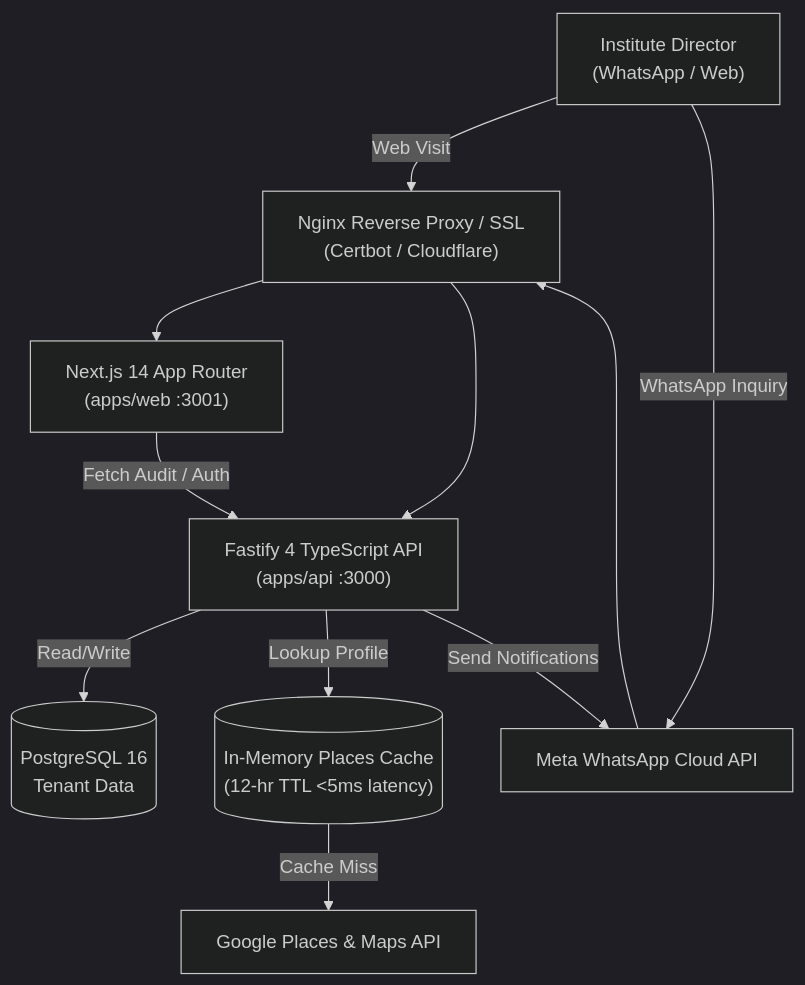
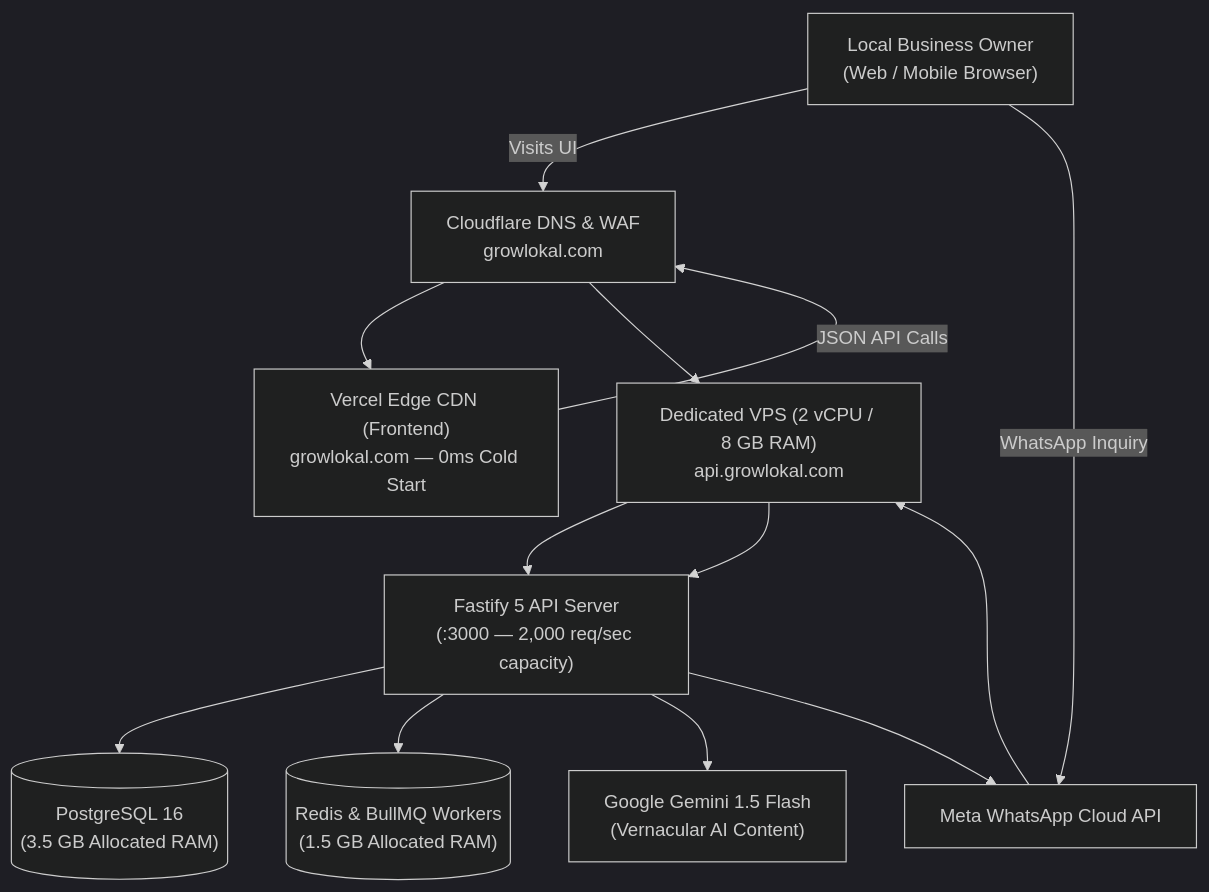
Before and after one commit to akheels-web/growlokal: the diagram in README.md, drawn with Mermaid (dark theme). The commit also changed other lines of this file, not shown here.

Commit message:
docs: update README.md with multi-industry expansion, Grexa.ai comparison, hybrid Vercel+VPS architecture, and production Docker deployment

````diff
--- a/README.md
+++ b/README.md
@@ -68,19 +73,20 @@
 ```mermaid
 flowchart TD
-    Owner["Institute Director<br/>(WhatsApp / Web)"]
-    Nginx["Nginx Reverse Proxy / SSL<br/>(Certbot / Cloudflare)"]
-    Web["Next.js 14 App Router<br/>(apps/web :3001)"]
-    API["Fastify 4 TypeScript API<br/>(apps/api :3000)"]
-    Cache[("In-Memory Places Cache<br/>(12-hr TTL <5ms latency)")]
-    DB[("PostgreSQL 16<br/>Tenant Data")]
-    Google["Google Places & Maps API"]
+    User["Local Business Owner<br/>(Web / Mobile Browser)"]
+    CF["Cloudflare DNS & WAF<br/>growlokal.com"]
+    Vercel["Vercel Edge CDN (Frontend)<br/>growlokal.com — 0ms Cold Start"]
+    VPS["Dedicated VPS (2 vCPU / 8 GB RAM)<br/>api.growlokal.com"]
+    Fastify["Fastify 5 API Server<br/>(:3000 — 2,000 req/sec capacity)"]
+    PG[("PostgreSQL 16<br/>(3.5 GB Allocated RAM)")]
+    Redis[("Redis & BullMQ Workers<br/>(1.5 GB Allocated RAM)")]
+    Gemini["Google Gemini 1.5 Flash<br/>(Vernacular AI Content)"]
     WhatsApp["Meta WhatsApp Cloud API"]
 
-    Owner -->|Web Visit| Nginx --> Web
-    Owner -->|WhatsApp Inquiry| WhatsApp --> Nginx --> API
-    Web -->|Fetch Audit / Auth| API
-    API -->|Read/Write| DB
-    API -->|Lookup Profile| Cache
-    Cache -->|Cache Miss| Google
-    API -->|Send Notifications| WhatsApp
+    User -->|Visits UI| CF --> Vercel
+    Vercel -->|JSON API Calls| CF --> VPS --> Fastify
+    User -->|WhatsApp Inquiry| WhatsApp --> VPS --> Fastify
+    Fastify --> PG
+    Fastify --> Redis
+    Fastify --> Gemini
+    Fastify --> WhatsApp
 ```
````
